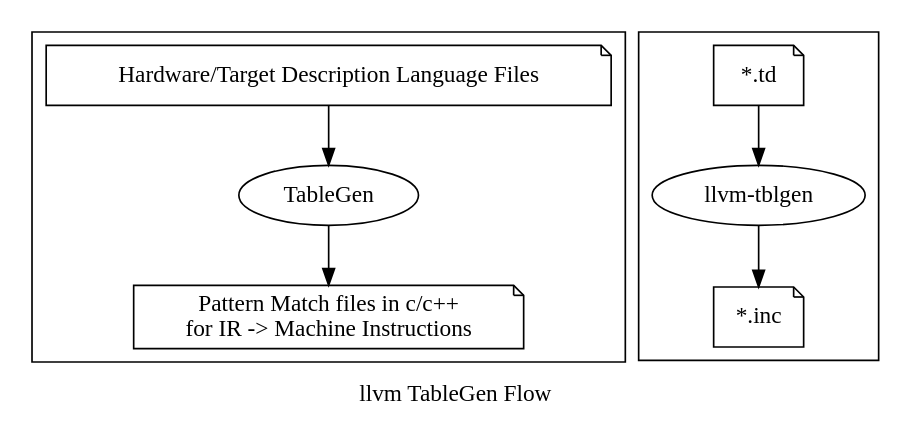
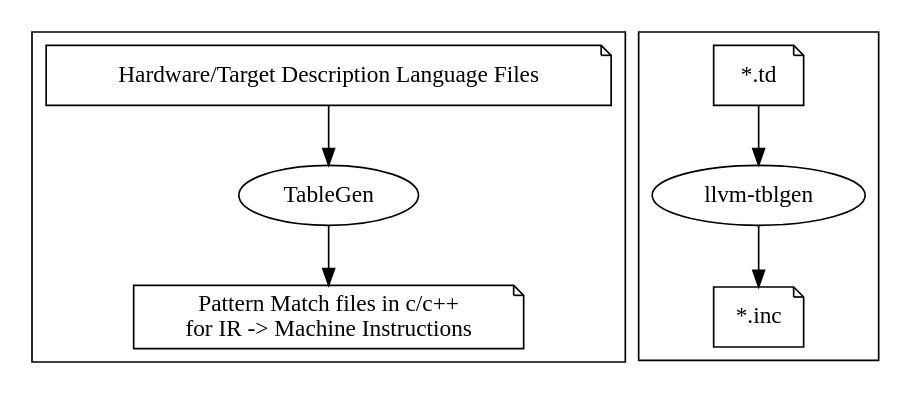
One commit to Jonathan2251/lbd changed the diagram in Fig/llvmstructure/llvmTblGen.gv. Above: the diagram before and after it, drawn with Graphviz. The commit also changed 26 other files, not shown here.

```diff
--- a/Fig/llvmstructure/llvmTblGen.gv
+++ b/Fig/llvmstructure/llvmTblGen.gv
@@ -1,16 +1,16 @@
 digraph G {
   rankdir=TB;
   subgraph cluster_0 {
 	node [color=black]; "TableGen";
 	node [shape=note];  "Hardware/Target Description Language Files", "Pattern Match files in c/c++\nfor IR -> Machine Instructions";
 	"Hardware/Target Description Language Files" -> "TableGen";
 	"TableGen" -> "Pattern Match files in c/c++\nfor IR -> Machine Instructions";
   }
   subgraph cluster_1 {
 	node [color=black]; "llvm-tblgen";
 	node [shape=note];  "*.td", "*.inc";
 	"*.td" -> "llvm-tblgen" -> "*.inc";
   }
-  label = "llvm TableGen Flow";
+//  label = "llvm TableGen Flow";
 
 }
```
